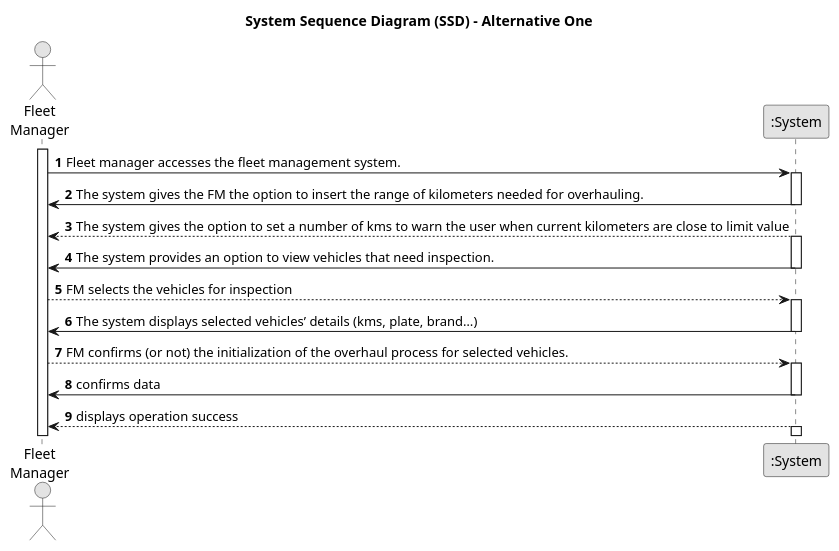
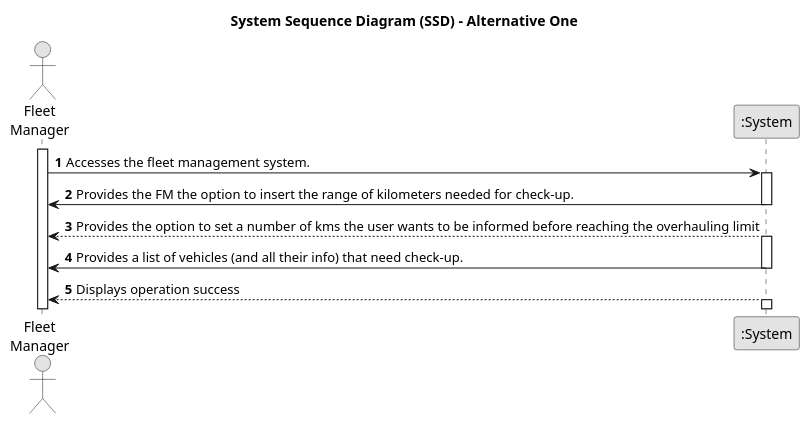
One commit to SAEmanuel/Green_Spaces_Management_ISEP changed the diagram in docs/sprintA/us008/01.requirements-engineering/puml/us008-system-sequence-diagram-alternative-one.puml. Above: the diagram before and after it, drawn with PlantUML. The commit also changed 2 other files, not shown here.

Commit message:
US008 - Version 4 SVG file update 1.2: Customer Specifications and Clarifications 1.5: Input and Output Data -> Typed data

```diff
--- a/docs/sprintA/us008/01.requirements-engineering/puml/us008-system-sequence-diagram-alternative-one.puml
+++ b/docs/sprintA/us008/01.requirements-engineering/puml/us008-system-sequence-diagram-alternative-one.puml
@@ -1,42 +1,30 @@
 @startuml
 skinparam monochrome true
 skinparam packageStyle rectangle
 skinparam shadowing false
 
 title System Sequence Diagram (SSD) - Alternative One
 
 autonumber
 
 actor "Fleet\nManager" as FM
 participant ":System" as System
 
 activate FM
 
-    FM -> System : Fleet manager accesses the fleet management system.
+    FM -> System : Accesses the fleet management system.
     activate System
 
-    System -> FM : The system gives the FM the option to insert the range of kilometers needed for overhauling.
+    System -> FM : Provides the FM the option to insert the range of kilometers needed for check-up.
         deactivate System
 
-        System --> FM : The system gives the option to set a number of kms to warn the user when current kilometers are close to limit value
+        System --> FM : Provides the option to set a number of kms the user wants to be informed before reaching the overhauling limit
     activate System
 
-    System -> FM : The system provides an option to view vehicles that need inspection.
+    System -> FM : Provides a list of vehicles (and all their info) that need check-up.
     deactivate System
 
-        FM --> System : FM selects the vehicles for inspection
-    activate System
-
-    System -> FM : The system displays selected vehicles’ details (kms, plate, brand…)
-    deactivate System
-
-        FM --> System : FM confirms (or not) the initialization of the overhaul process for selected vehicles.
-    activate System
-
-    System -> FM : confirms data
-    deactivate System
-
-        System --> FM : displays operation success
+        System --> FM : Displays operation success
     activate System
 
 @enduml
```
